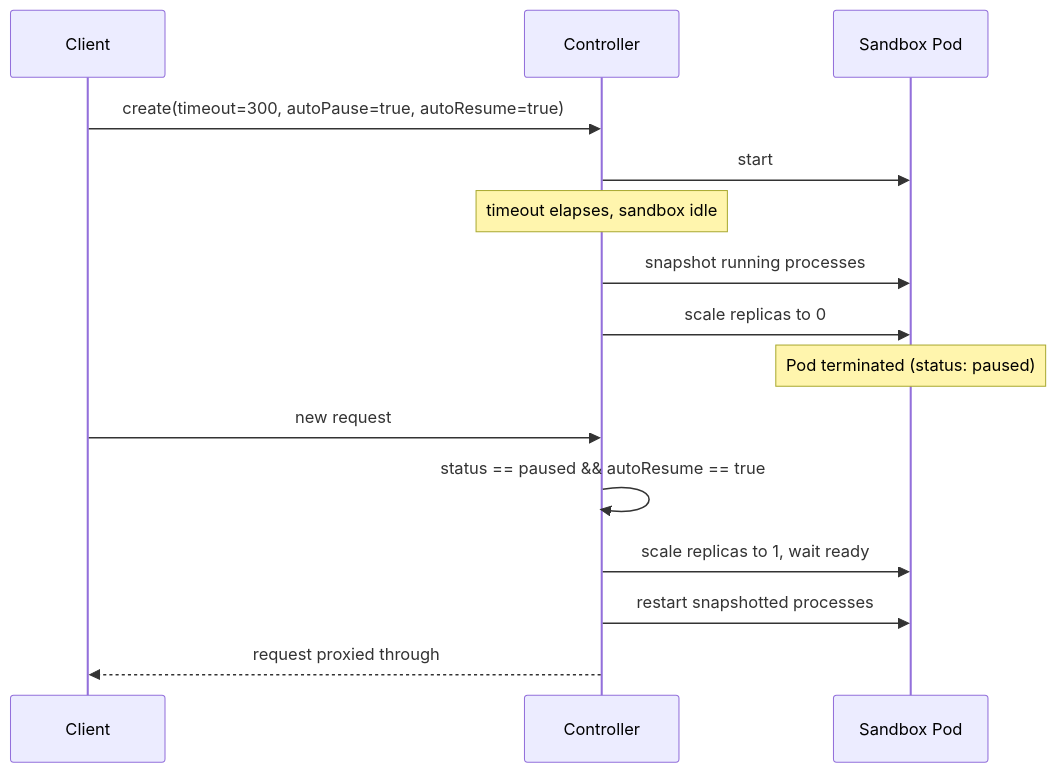
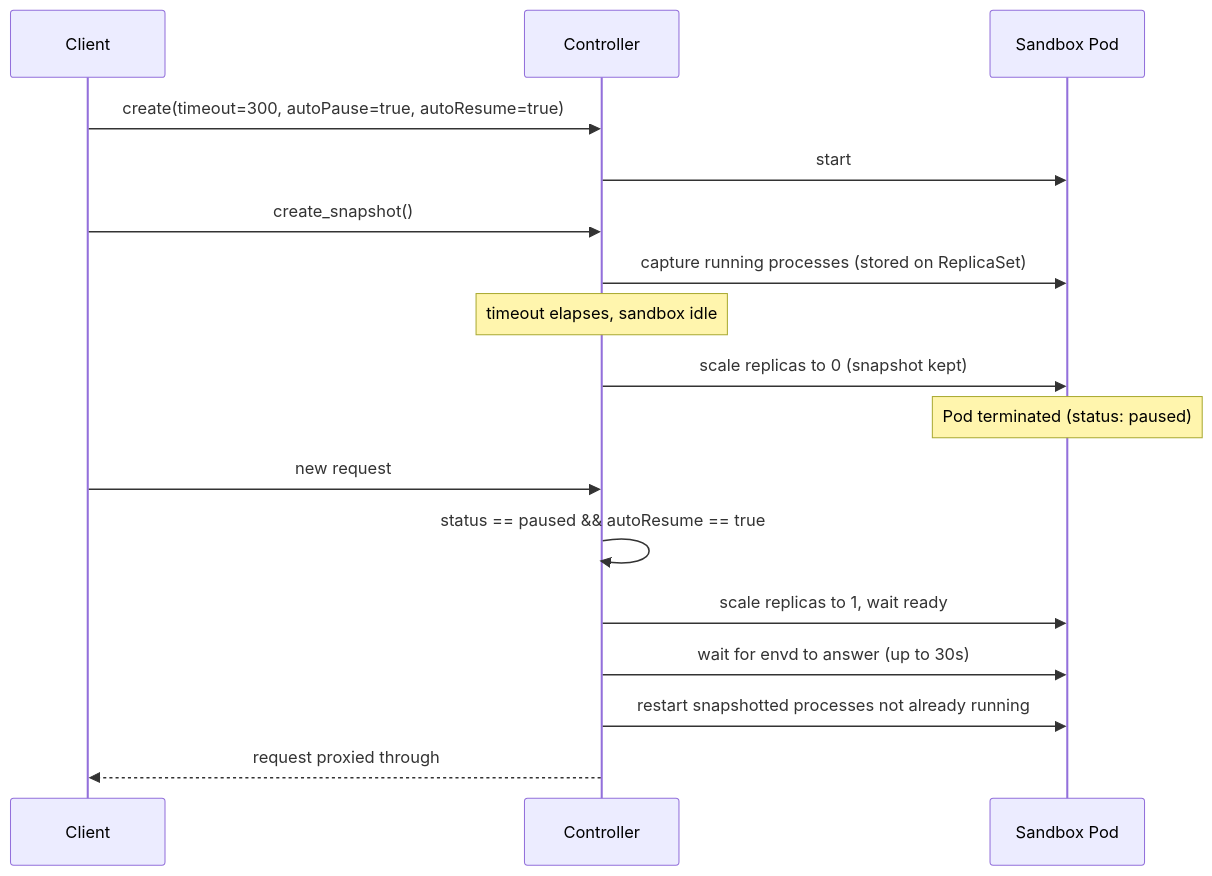
The diagram in docs/guides/pause_resume.md (agent-sandbox/agent-sandbox.github.io), drawn with Mermaid before and after one commit. The commit also changed other lines of this file, not shown here.

````diff
--- a/docs/guides/pause_resume.md
+++ b/docs/guides/pause_resume.md
@@ -61,19 +80,21 @@
 ```mermaid
 sequenceDiagram
     participant Client
     participant Controller
     participant Pod as Sandbox Pod
 
     Client->>Controller: create(timeout=300, autoPause=true, autoResume=true)
     Controller->>Pod: start
+    Client->>Controller: create_snapshot()
+    Controller->>Pod: capture running processes (stored on ReplicaSet)
     Note over Controller: timeout elapses, sandbox idle
-    Controller->>Pod: snapshot running processes
-    Controller->>Pod: scale replicas to 0
+    Controller->>Pod: scale replicas to 0 (snapshot kept)
     Note over Pod: Pod terminated (status: paused)
 
     Client->>Controller: new request
     Controller->>Controller: status == paused && autoResume == true
     Controller->>Pod: scale replicas to 1, wait ready
-    Controller->>Pod: restart snapshotted processes
+    Controller->>Pod: wait for envd to answer (up to 30s)
+    Controller->>Pod: restart snapshotted processes not already running
     Controller-->>Client: request proxied through
 ```
````
